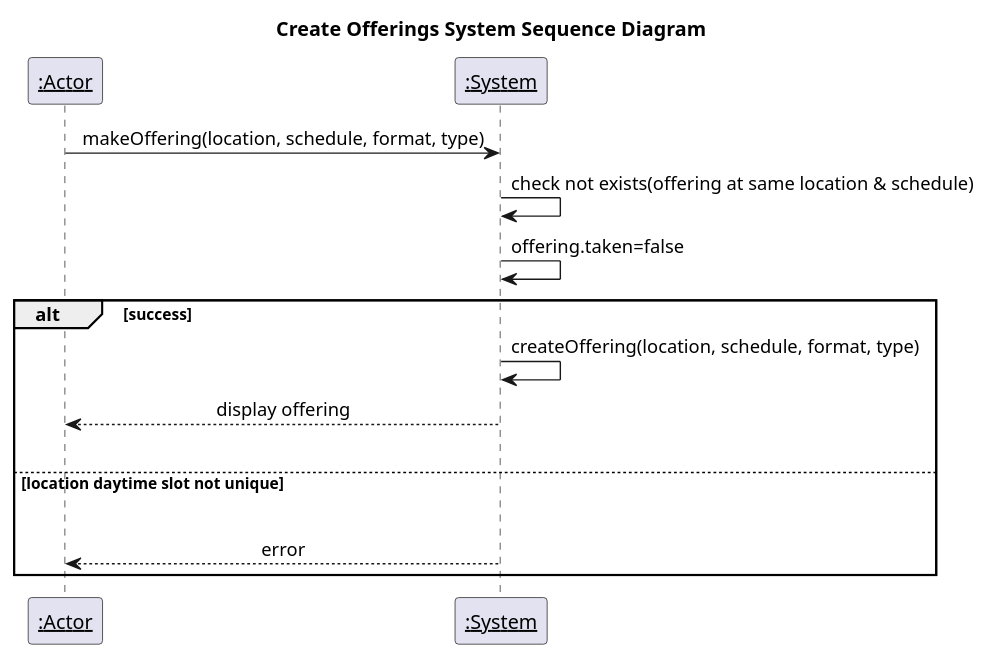
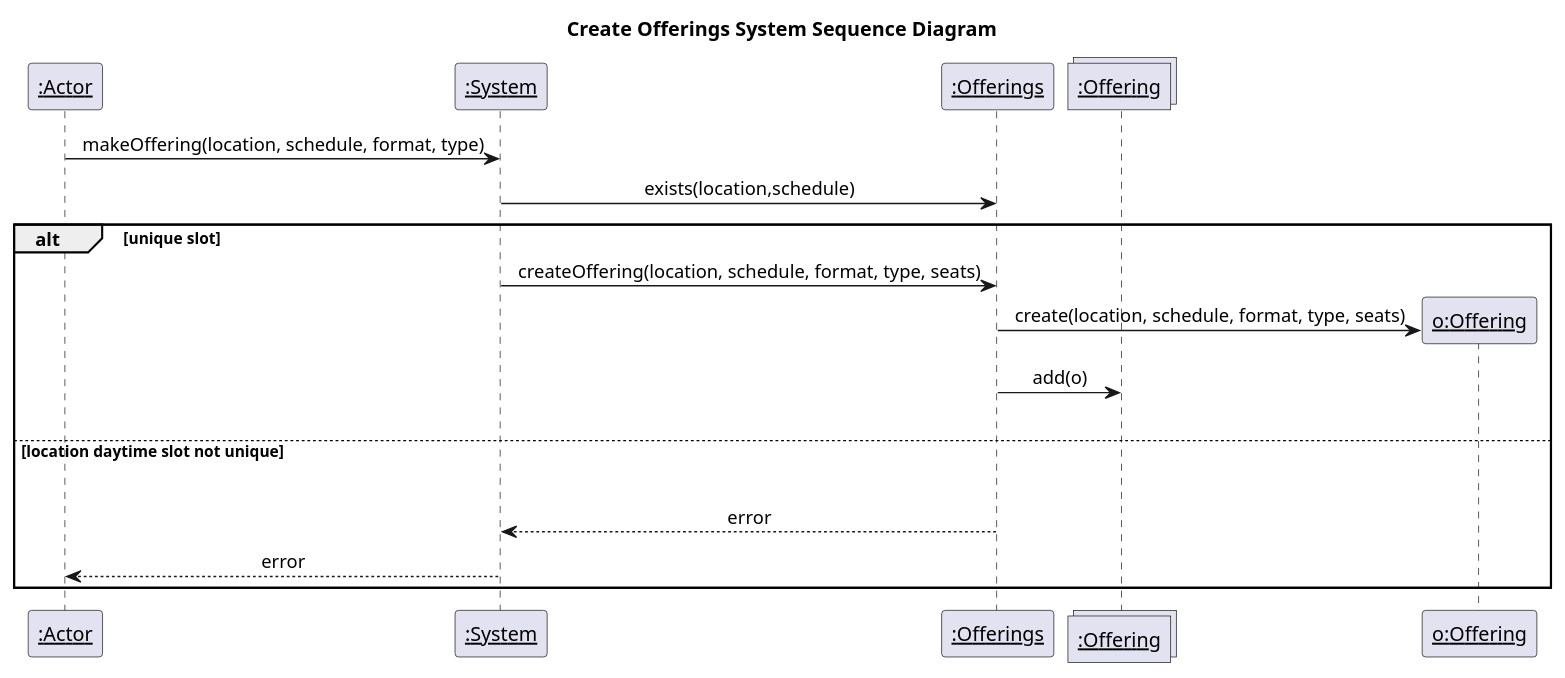
One commit to PrinceOfNothingg/Lesson-Booking-Management-System changed the second of 4 diagrams in deliverables/2024-10-18/offering-system-sequence-diagram.md. Above: the diagram before and after it, drawn with PlantUML. The commit also changed 16 other files, not shown here.

Commit message:
minor outout fix and diagram fixes

````diff
--- a/deliverables/2024-10-18/offering-system-sequence-diagram.md
+++ b/deliverables/2024-10-18/offering-system-sequence-diagram.md
@@ -55,25 +55,31 @@
 ``` plantuml
 @startuml
 participant "__:Actor__" as actor
 participant "__:System__" as system
+participant "__:Offerings__" as offerings
+collections "__:Offering__" as offeringCollection
+participant "__o:Offering__" as offering
+
+
 
 title Create Offerings System Sequence Diagram
 
 skinparam sequenceMessageAlign center
 
 actor -> system : makeOffering(location, schedule, format, type)
 
-system -> system : check not exists(offering at same location & schedule)
-system -> system : offering.taken=false
+system -> offerings : exists(location,schedule)
 
-alt success
-  system -> system : createOffering(location, schedule, format, type)
-  system --> actor : display offering
+alt unique slot
+system -> offerings : createOffering(location, schedule, format, type, seats)
+offerings -> offering** : create(location, schedule, format, type, seats)
+offerings -> offeringCollection : add(o)
 |||
 else location daytime slot not unique
 |||
-  system --> actor : error
+offerings --> system : error
+system --> actor : error
 end
 
 @enduml
 ```
````
